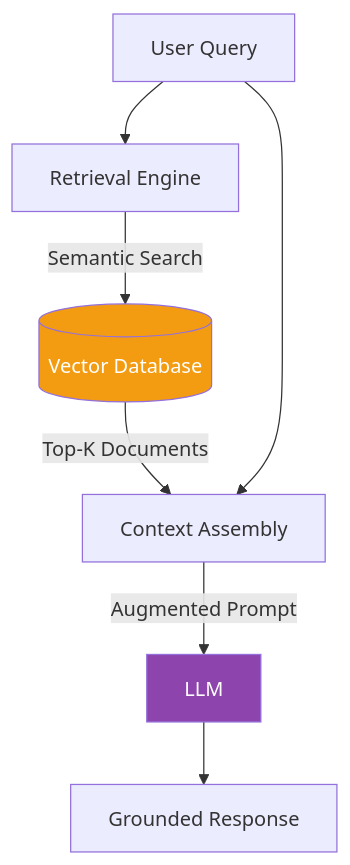
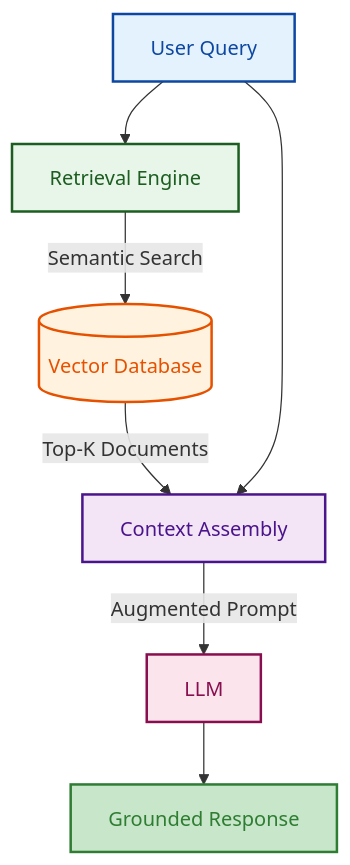
Before and after one commit to GyanendraChaubey/AI-Engineering-Notes: the first of 3 diagrams in docs/02-rag/README.md, drawn with Mermaid. The commit also changed other lines of this file and 15 other files, not shown here.

Commit message:
style: apply light color palette to remaining Mermaid diagrams (docs 15 & 16)

````diff
--- a/docs/02-rag/README.md
+++ b/docs/02-rag/README.md
@@ -15,12 +15,16 @@
 ```mermaid
 flowchart TD
     A[User Query] --> B[Retrieval Engine]
     B -->|Semantic Search| C[(Vector Database)]
     C -->|Top-K Documents| D[Context Assembly]
     A --> D
     D -->|Augmented Prompt| E[LLM]
     E --> F[Grounded Response]
     
-    style C fill:#f39c12,color:#fff
-    style E fill:#8e44ad,color:#fff
+    style A fill:#e3f2fd,stroke:#0d47a1,stroke-width:2px,color:#0d47a1
+    style B fill:#e8f5e9,stroke:#1b5e20,stroke-width:2px,color:#1b5e20
+    style C fill:#fff3e0,stroke:#e65100,stroke-width:2px,color:#e65100
+    style D fill:#f3e5f5,stroke:#4a148c,stroke-width:2px,color:#4a148c
+    style E fill:#fce4ec,stroke:#880e4f,stroke-width:2px,color:#880e4f
+    style F fill:#c8e6c9,stroke:#2e7d32,stroke-width:2px,color:#2e7d32
 ```
````
